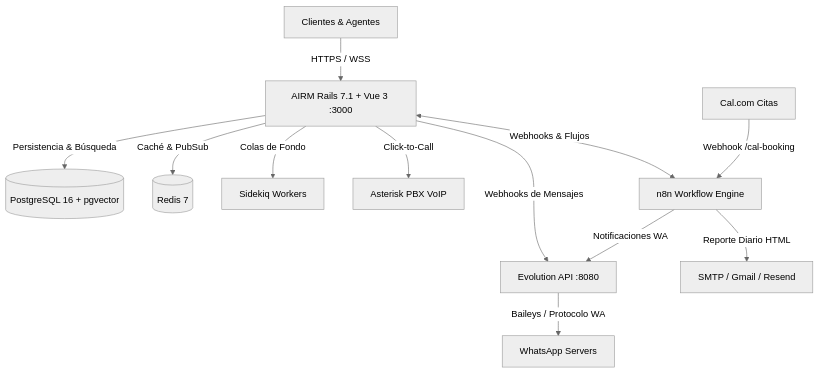
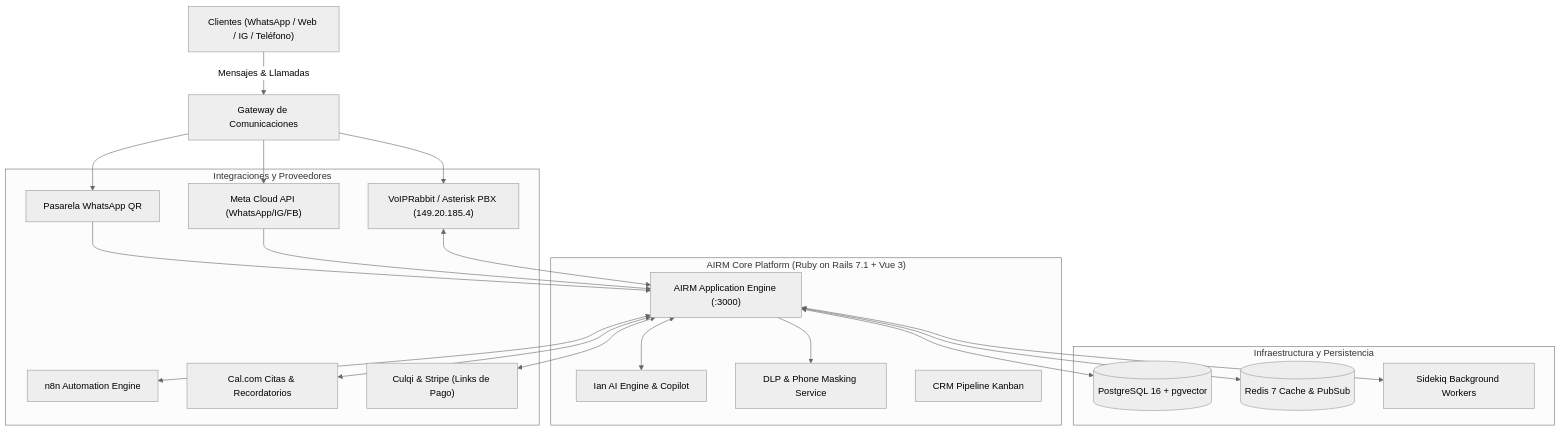
Before and after one commit to datasch/AIRMv2: the diagram in README.md, drawn with Mermaid (neutral theme). The commit also changed other lines of this file and 2 other files, not shown here.

Commit message:
refactor: update README documentation and integrate VoIPRabbit SIP configuration for VoIP controller

````diff
--- a/README.md
+++ b/README.md
@@ -70,14 +76,34 @@
 ```mermaid
-graph TD
-    User[Clientes & Agentes] -->|HTTPS / WSS| Web[AIRM Rails 7.1 + Vue 3 :3000]
-    Web -->|Persistencia & Búsqueda| DB[(PostgreSQL 16 + pgvector)]
-    Web -->|Caché & PubSub| Redis[(Redis 7)]
-    Web -->|Colas de Fondo| Sidekiq[Sidekiq Workers]
-    Web -->|Webhooks de Mensajes| Evo[Evolution API :8080]
-    Evo -->|Baileys / Protocolo WA| Meta[WhatsApp Servers]
-    Web -->|Click-to-Call| Asterisk[Asterisk PBX VoIP]
-    Web <-->|Webhooks & Flujos| n8n[n8n Workflow Engine]
-    Cal[Cal.com Citas] -->|Webhook /cal-booking| n8n
-    n8n -->|Notificaciones WA| Evo
-    n8n -->|Reporte Diario HTML| Mail[SMTP / Gmail / Resend]
+flowchart TD
+    Client["Clientes (WhatsApp / Web / IG / Teléfono)"] -->|"Mensajes & Llamadas"| Entry["Gateway de Comunicaciones"]
+    
+    subgraph Core["AIRM Core Platform (Ruby on Rails 7.1 + Vue 3)"]
+        Web["AIRM Application Engine (:3000)"]
+        Ian["Ian AI Engine & Copilot"]
+        DLP["DLP & Phone Masking Service"]
+        Pipeline["CRM Pipeline Kanban"]
+    end
+
+    subgraph Infrastructure["Infraestructura y Persistencia"]
+        DB[("PostgreSQL 16 + pgvector")]
+        Redis[("Redis 7 Cache & PubSub")]
+        Sidekiq["Sidekiq Background Workers"]
+    end
+
+    subgraph External["Integraciones y Proveedores"]
+        WA_QR["Pasarela WhatsApp QR"]
+        Meta_API["Meta Cloud API (WhatsApp/IG/FB)"]
+        VoIP_Trunk["VoIPRabbit / Asterisk PBX (149.20.185.4)"]
+        n8n["n8n Automation Engine"]
+        Cal["Cal.com Citas & Recordatorios"]
+        Payments["Culqi & Stripe (Links de Pago)"]
+    end
+
+    Entry --> WA_QR & Meta_API & VoIP_Trunk
+    WA_QR & Meta_API --> Web
+    VoIP_Trunk <--> Web
+    Web <--> DB & Redis & Sidekiq
+    Web <--> Ian
+    Web --> DLP
+    Web <--> n8n & Cal & Payments
 ```
````
